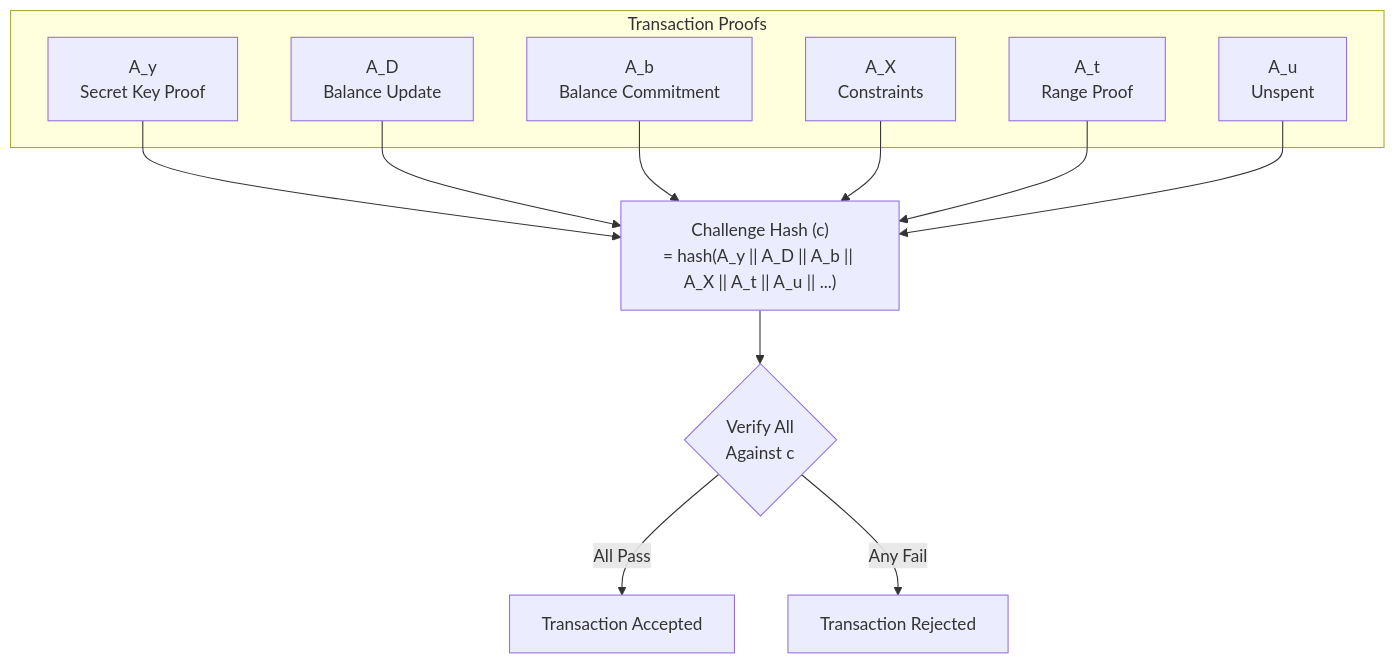
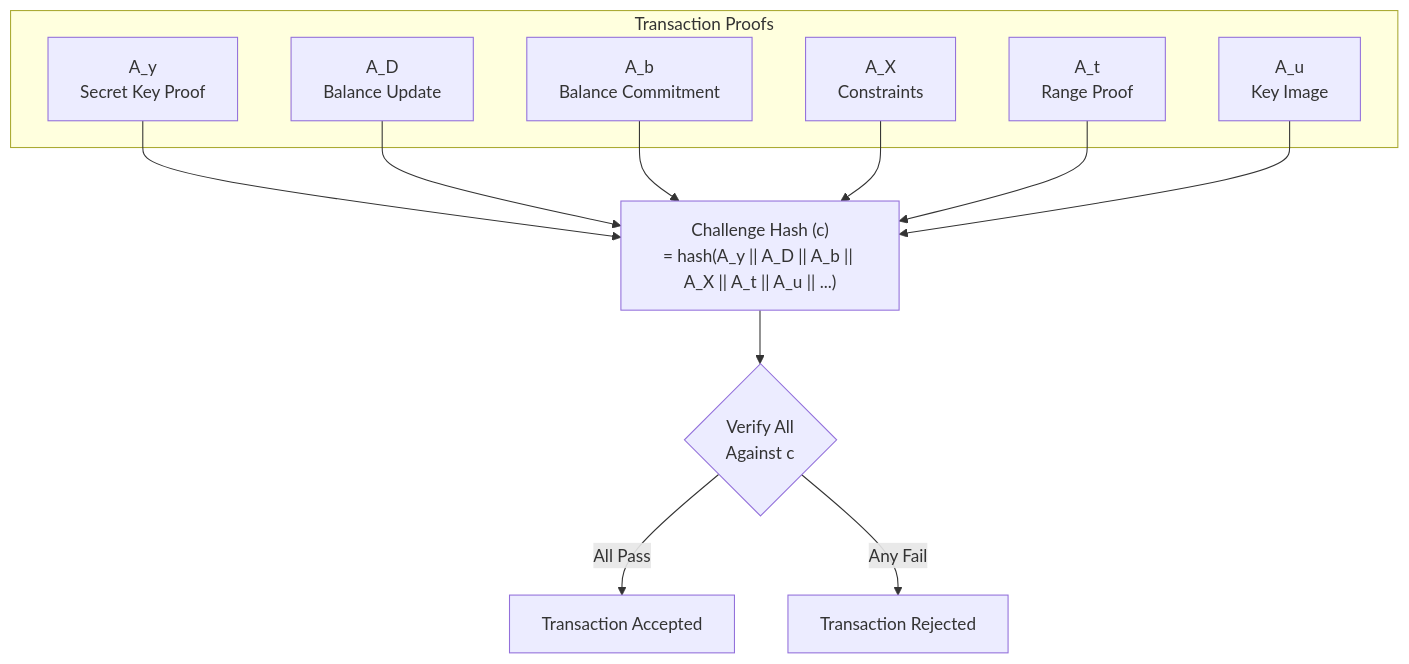
Before and after one commit to DHEBP/dero-docs: the first of 3 diagrams in derod-main/pages/integrity/transaction-proofs.mdx, drawn with Mermaid. The commit also changed other lines of this file and 7 other files, not shown here.

````diff
--- a/derod-main/pages/integrity/transaction-proofs.mdx
+++ b/derod-main/pages/integrity/transaction-proofs.mdx
@@ -49,22 +49,22 @@
 ```mermaid
 flowchart TD
     subgraph "Transaction Proofs"
         A_y["A_y<br/>Secret Key Proof"]
         A_D["A_D<br/>Balance Update"]
         A_b["A_b<br/>Balance Commitment"]
         A_X["A_X<br/>Constraints"]
         A_t["A_t<br/>Range Proof"]
-        A_u["A_u<br/>Unspent"]
+        A_u["A_u<br/>Key Image"]
     end
     
     A_y --> H["Challenge Hash (c)<br/>= hash(A_y || A_D || A_b || A_X || A_t || A_u || ...)"]
     A_D --> H
     A_b --> H
     A_X --> H
     A_t --> H
     A_u --> H
     
     H --> V{"Verify All<br/>Against c"}
     V -->|All Pass| ACC["Transaction Accepted"]
     V -->|Any Fail| REJ["Transaction Rejected"]
 ```
````
